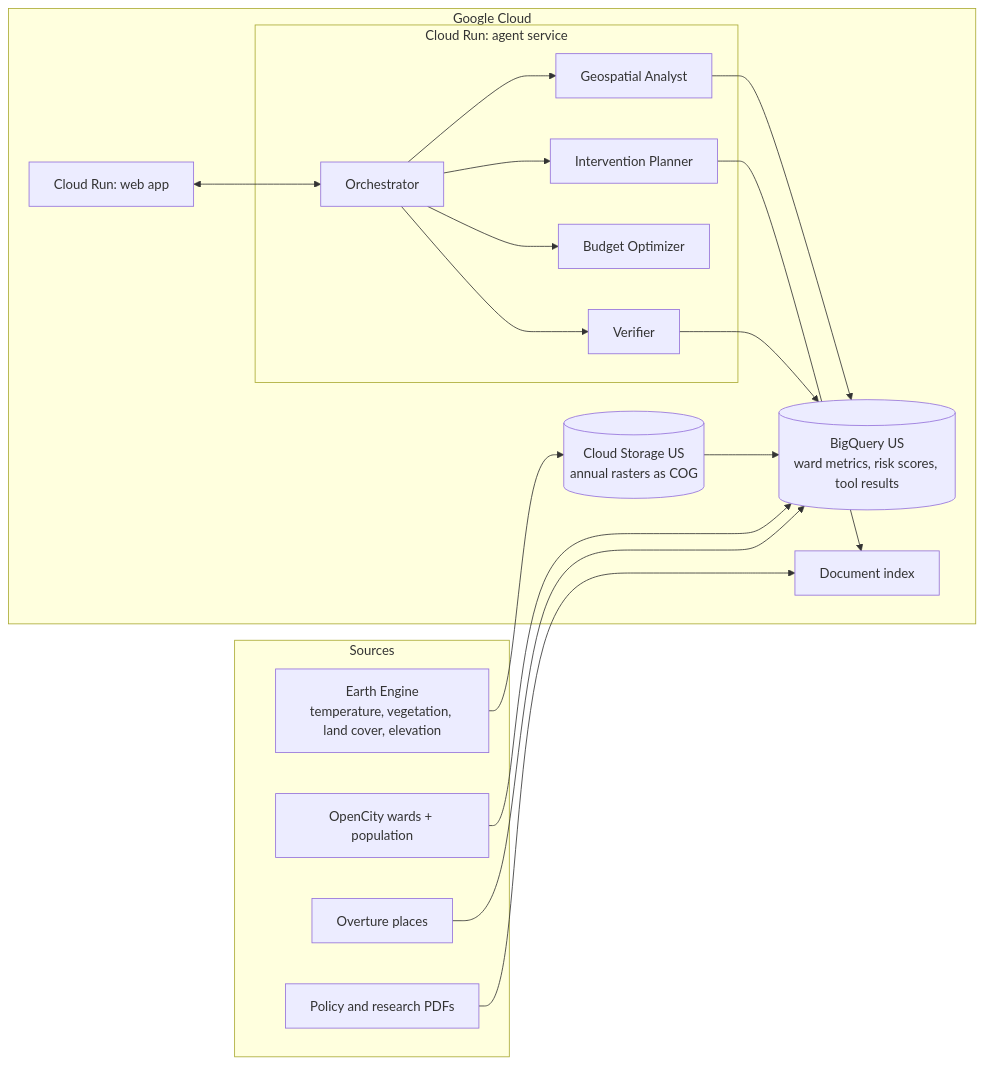
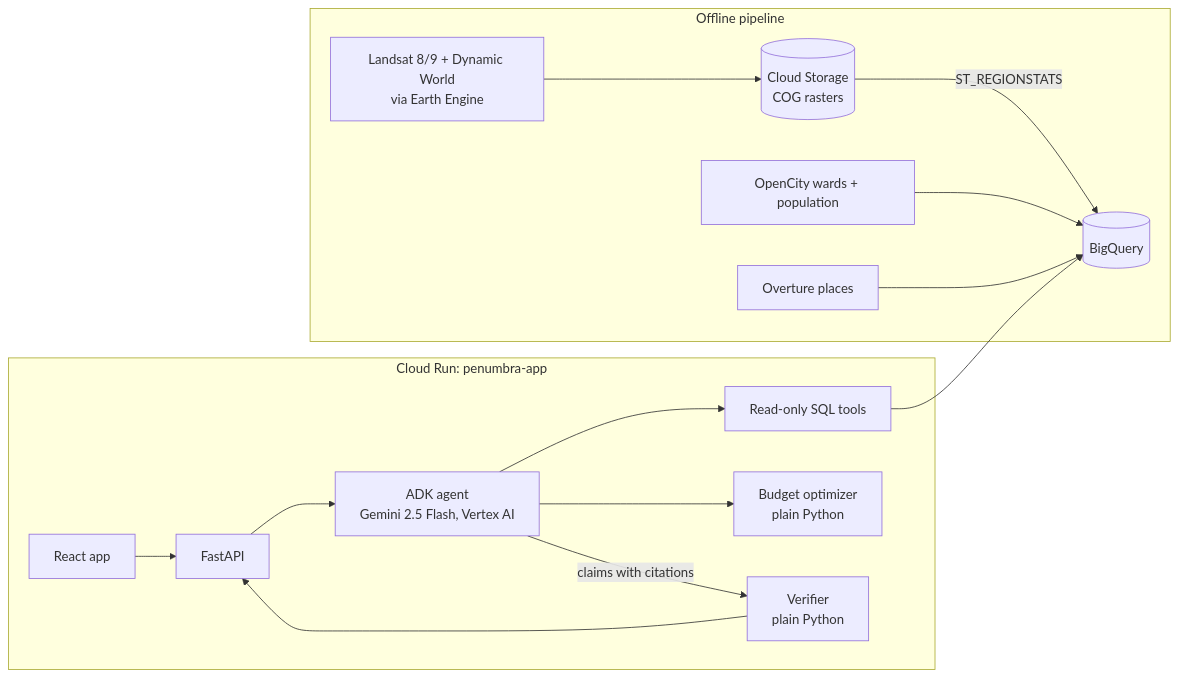
One commit to mohithhhh/Groundtruth changed the diagram in README.md. Above: the diagram before and after it, drawn with Mermaid. The commit also changed other lines of this file and 10 other files, not shown here.

Commit message:
Ship Phase 6: README, architecture, pitch script, smoke test, citable baseline year

````diff
--- a/README.md
+++ b/README.md
@@ -39,31 +81,17 @@
 ```mermaid
 flowchart LR
-  subgraph Sources
-    EE[Earth Engine<br/>temperature, vegetation, land cover, elevation]
-    OC[OpenCity wards + population]
-    OV[Overture places]
-    DOCS[Policy and research PDFs]
+  subgraph Offline["Offline pipeline"]
+    L[Landsat 8/9 + Dynamic World<br/>via Earth Engine] --> COG[(Cloud Storage<br/>COG rasters)]
+    COG -->|ST_REGIONSTATS| BQ[(BigQuery)]
+    OC[OpenCity wards + population] --> BQ
+    OV[Overture places] --> BQ
   end
-  subgraph GCP[Google Cloud]
-    GCS[(Cloud Storage US<br/>annual rasters as COG)]
-    BQ[(BigQuery US<br/>ward metrics, risk scores, tool results)]
-    RAG[Document index]
-    subgraph CR[Cloud Run: agent service]
-      ORCH[Orchestrator]
-      GEO[Geospatial Analyst]
-      PLAN[Intervention Planner]
-      OPT[Budget Optimizer]
-      VER[Verifier]
-    end
-    WEB[Cloud Run: web app]
+  subgraph Run["Cloud Run: penumbra-app"]
+    WEB[React app] --> API[FastAPI]
+    API --> AG[ADK agent<br/>Gemini 2.5 Flash, Vertex AI]
+    AG --> T[Read-only SQL tools] --> BQ
+    AG --> OPT[Budget optimizer<br/>plain Python]
+    AG -->|claims with citations| V[Verifier<br/>plain Python]
+    V --> API
   end
-  EE --> GCS --> BQ
-  OC --> BQ
-  OV --> BQ
-  DOCS --> RAG
-  WEB <--> ORCH
-  ORCH --> GEO --> BQ
-  ORCH --> PLAN --> RAG
-  ORCH --> OPT
-  ORCH --> VER --> BQ
 ```
````
